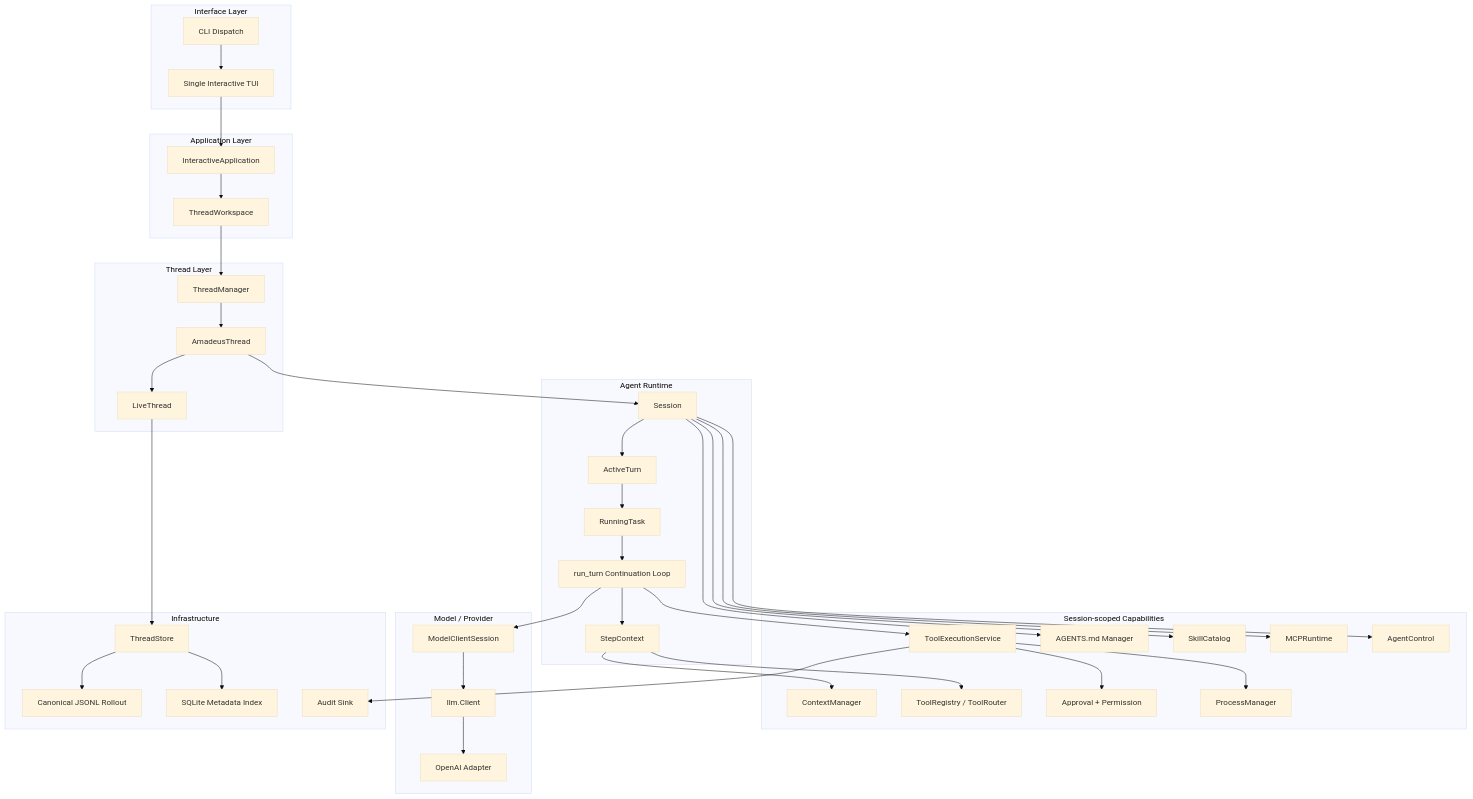
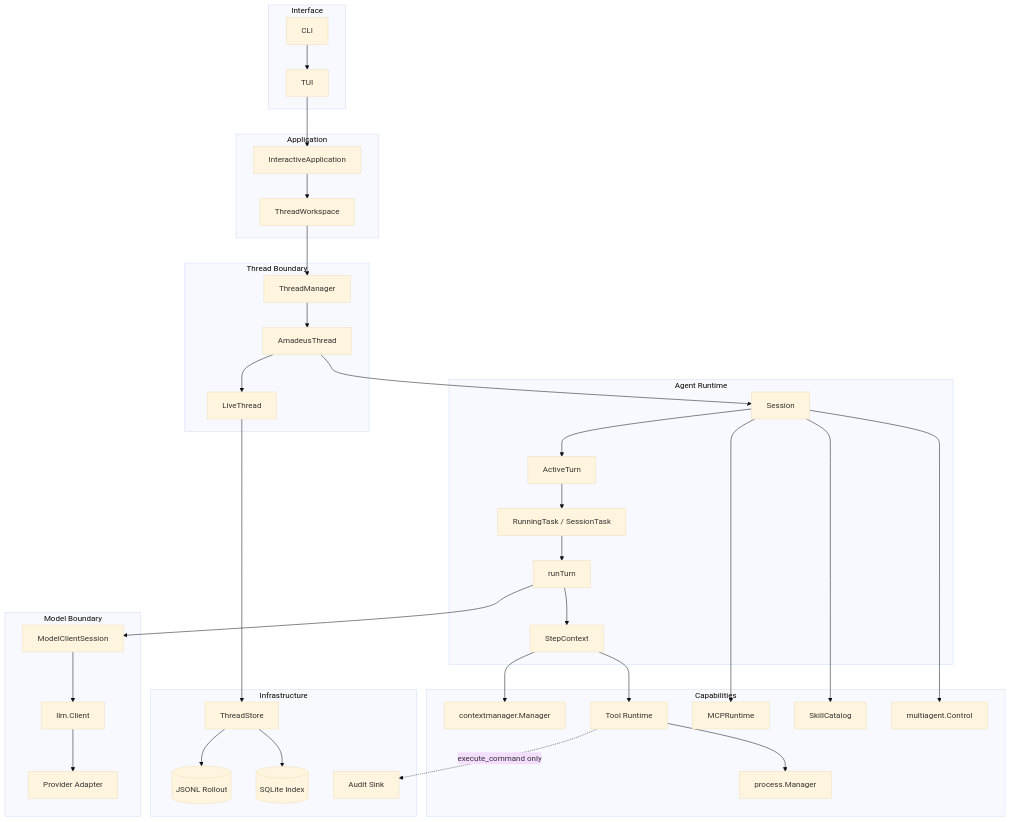
The second of 43 diagrams in docs/architecture-whitepaper.md (Godric-W/Amadeus), drawn with Mermaid (base theme) before and after one commit. The commit also changed other lines of this file and 1 other file, not shown here.

````diff
--- a/docs/architecture-whitepaper.md
+++ b/docs/architecture-whitepaper.md
@@ -48,79 +156,62 @@
 ```mermaid
 flowchart TB
-    subgraph Interface[Interface Layer]
-        CLI[CLI Dispatch]
-        TUI[Single Interactive TUI]
+    subgraph Interface[Interface]
+        CLI[CLI]
+        TUI[TUI]
     end
 
-    subgraph Application[Application Layer]
+    subgraph Application[Application]
         IA[InteractiveApplication]
         TW[ThreadWorkspace]
     end
 
-    subgraph ThreadLayer[Thread Layer]
+    subgraph Threads[Thread Boundary]
         TM[ThreadManager]
         AT[AmadeusThread]
         LT[LiveThread]
     end
 
     subgraph Runtime[Agent Runtime]
         S[Session]
-        ATr[ActiveTurn]
-        RT[RunningTask]
-        Run[run_turn Continuation Loop]
-        SC[StepContext]
+        Active[ActiveTurn]
+        Task[RunningTask / SessionTask]
+        Loop[runTurn]
+        Step[StepContext]
     end
 
-    subgraph Capabilities[Session-scoped Capabilities]
-        CM[ContextManager]
-        TR[ToolRegistry / ToolRouter]
-        TE[ToolExecutionService]
-        AP[Approval + Permission]
-        AG[AGENTS.md Manager]
-        SK[SkillCatalog]
+    subgraph Capability[Capabilities]
+        CM[contextmanager.Manager]
+        Tools[Tool Runtime]
         MCP[MCPRuntime]
-        MA[AgentControl]
-        PR[ProcessManager]
+        Skill[SkillCatalog]
+        Agents[multiagent.Control]
+        Process[process.Manager]
     end
 
-    subgraph Provider[Model / Provider]
-        MC[ModelClientSession]
+    subgraph Model[Model Boundary]
+        MCS[ModelClientSession]
         LLM[llm.Client]
-        OA[OpenAI Adapter]
+        Adapter[Provider Adapter]
     end
 
-    subgraph Persistence[Infrastructure]
-        TS[ThreadStore]
-        JSONL[Canonical JSONL Rollout]
-        DB[SQLite Metadata Index]
-        AUDIT[Audit Sink]
+    subgraph Infra[Infrastructure]
+        Store[ThreadStore]
+        JSONL[(JSONL Rollout)]
+        DB[(SQLite Index)]
+        Audit[Audit Sink]
     end
 
-    CLI --> TUI
-    TUI --> IA
-    IA --> TW
-    TW --> TM
-    TM --> AT
-    AT --> S
-    AT --> LT
-    S --> ATr
-    ATr --> RT
-    RT --> Run
-    Run --> SC
-    SC --> CM
-    SC --> TR
-    Run --> MC
-    MC --> LLM
-    LLM --> OA
-    Run --> TE
-    TE --> AP
-    TE --> PR
-    S --> AG
-    S --> SK
+    CLI --> TUI --> IA --> TW --> TM --> AT --> S
+    AT --> LT --> Store
+    S --> Active --> Task --> Loop --> Step
+    Step --> CM
+    Step --> Tools
+    Loop --> MCS --> LLM --> Adapter
     S --> MCP
-    S --> MA
-    LT --> TS
-    TS --> JSONL
-    TS --> DB
-    TE --> AUDIT
+    S --> Skill
+    S --> Agents
+    Tools --> Process
+    Store --> JSONL
+    Store --> DB
+    Tools -. execute_command only .-> Audit
 ```
````
